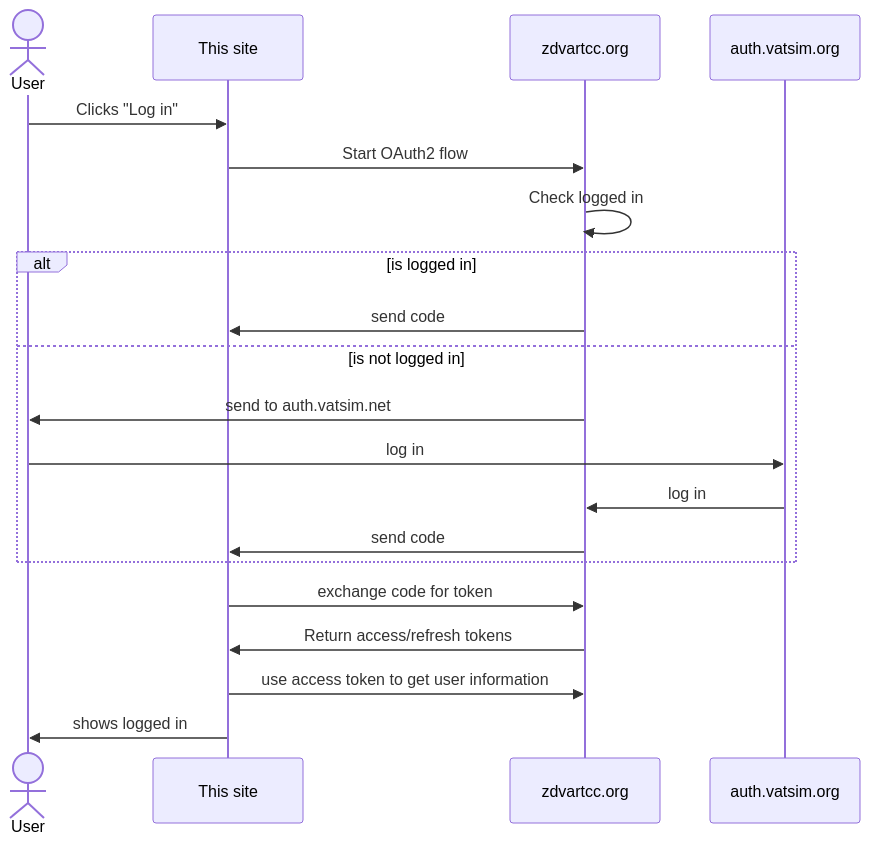
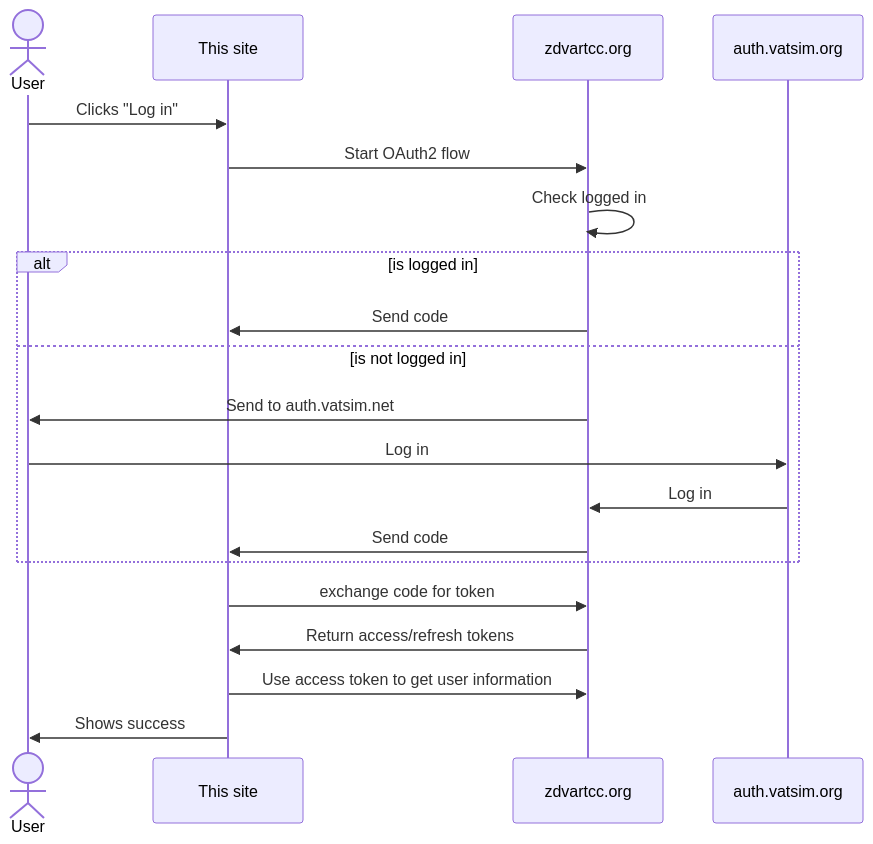
One commit to Celeo/zdv-training-scheduler changed the first of 5 diagrams in README.md. Above: the diagram before and after it, drawn with Mermaid. The commit also changed other lines of this file, not shown here.

````diff
--- a/README.md
+++ b/README.md
@@ -23,23 +23,23 @@
 ```mermaid
 sequenceDiagram
   actor U as User
   participant A as This site
   participant B as zdvartcc.org
   participant C as auth.vatsim.org
 
   U->>A: Clicks "Log in"
   A->>B: Start OAuth2 flow
   B->>B: Check logged in
   alt is logged in
-    B->>A: send code
+    B->>A: Send code
   else is not logged in
-    B->>U: send to auth.vatsim.net
-    U->>C: log in
-    C->>B: log in
-    B->>A: send code
+    B->>U: Send to auth.vatsim.net
+    U->>C: Log in
+    C->>B: Log in
+    B->>A: Send code
   end
   A->>B: exchange code for token
   B->>A: Return access/refresh tokens
-  A->>B: use access token to get user information
-  A->>U: shows logged in
+  A->>B: Use access token to get user information
+  A->>U: Shows success
 ```
````
